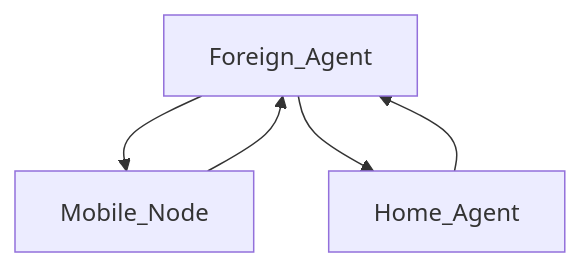
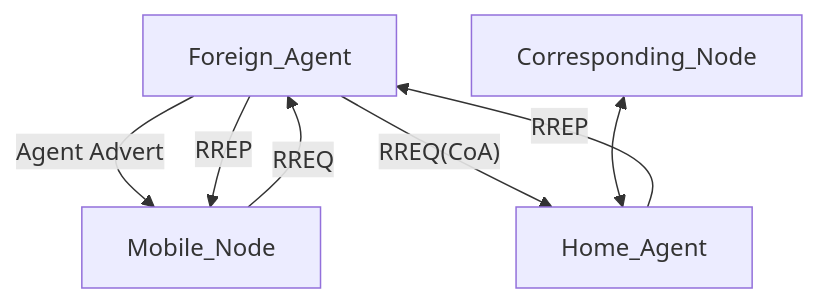
Before and after one commit to juakali-networks/mip: the diagram in README.md, drawn with Mermaid.

Commit message:
Added diagram to ReadMe

````diff
--- a/README.md
+++ b/README.md
@@ -26,7 +26,9 @@
 ```mermaid
 graph TD;
-    Foreign_Agent-->Mobile_Node;
-    Mobile_Node-->Foreign_Agent;
-    Foreign_Agent-->Home_Agent;
-    Home_Agent-->Foreign_Agent;
+    Foreign_Agent--Agent Advert-->Mobile_Node;
+    Mobile_Node--RREQ-->Foreign_Agent;
+    Foreign_Agent--RREQ(CoA)-->Home_Agent;
+    Home_Agent--RREP-->Foreign_Agent;
+    Corresponding_Node<-->Home_Agent;
+    Foreign_Agent--RREP-->Mobile_Node;
 ```
````
